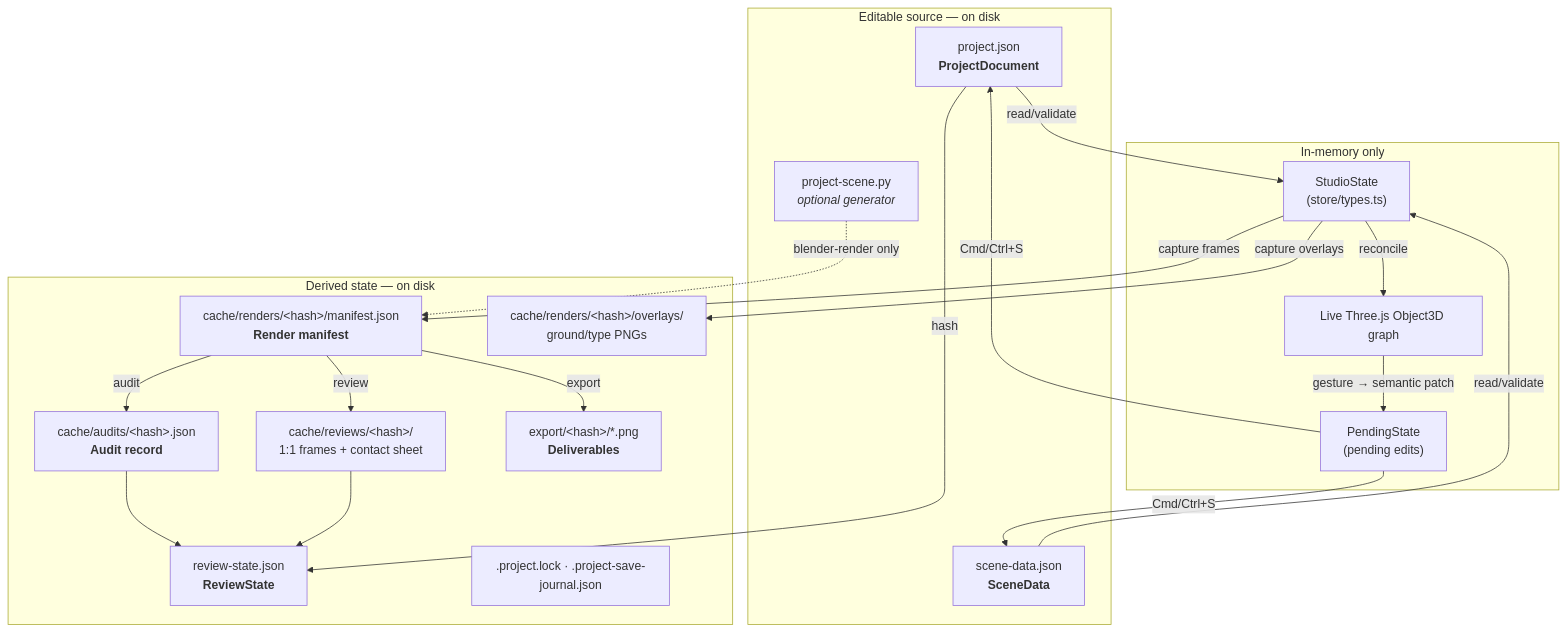
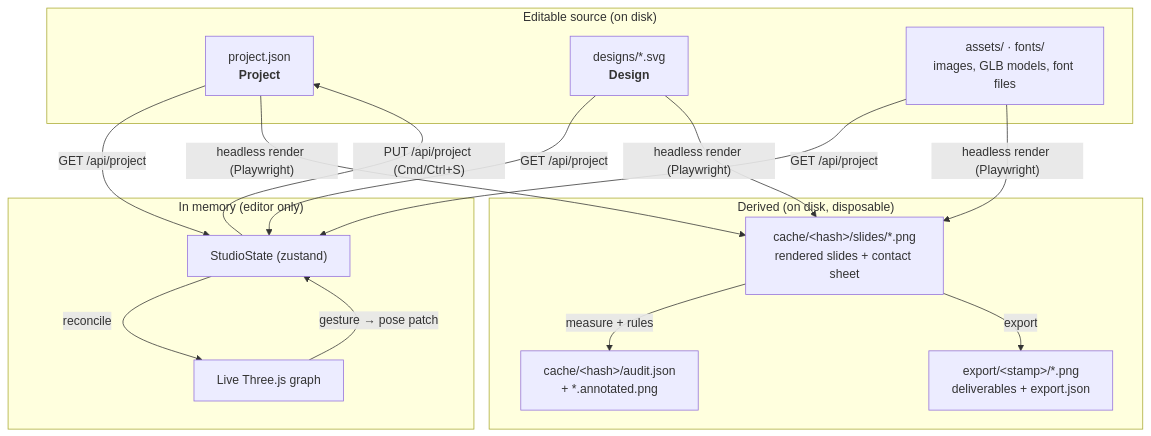
Before and after one commit to AvikArefin/xds: the first of 2 diagrams in docs/data-models.md, drawn with Mermaid. The commit also changed other lines of this file and 8 other files, not shown here.

First line of the commit message:
docs: rework architecture for v2

````diff
--- a/docs/data-models.md
+++ b/docs/data-models.md
@@ -19,40 +21,27 @@
 ```mermaid
 flowchart TB
-  subgraph Sources["Editable source — on disk"]
-    PJ["project.json<br/><b>ProjectDocument</b>"]
-    SD["scene-data.json<br/><b>SceneData</b>"]
-    PS["project-scene.py<br/><i>optional generator</i>"]
+  subgraph Source["Editable source (on disk)"]
+    PJ["project.json<br/><b>Project</b>"]
+    DS["designs/*.svg<br/><b>Design</b>"]
+    AS["assets/ · fonts/<br/>images, GLB models, font files"]
   end
 
-  subgraph Derived["Derived state — on disk"]
-    RS["review-state.json<br/><b>ReviewState</b>"]
-    RM["cache/renders/&lt;hash&gt;/manifest.json<br/><b>Render manifest</b>"]
-    AU["cache/audits/&lt;hash&gt;.json<br/><b>Audit record</b>"]
-    RV["cache/reviews/&lt;hash&gt;/<br/>1:1 frames + contact sheet"]
-    EX["export/&lt;hash&gt;/*.png<br/><b>Deliverables</b>"]
-    OV["cache/renders/&lt;hash&gt;/overlays/<br/>ground/type PNGs"]
-    LK[".project.lock · .project-save-journal.json"]
+  subgraph Derived["Derived (on disk, disposable)"]
+    RN["cache/&lt;hash&gt;/slides/*.png<br/>rendered slides + contact sheet"]
+    AU["cache/&lt;hash&gt;/audit.json<br/>+ *.annotated.png"]
+    EX["export/&lt;stamp&gt;/*.png<br/>deliverables + export.json"]
   end
 
-  subgraph Memory["In-memory only"]
-    ST["StudioState<br/>(store/types.ts)"]
-    R3F["Live Three.js Object3D graph"]
-    PD["PendingState<br/>(pending edits)"]
+  subgraph Memory["In memory (editor only)"]
+    ST["StudioState (zustand)"]
+    R3F["Live Three.js graph"]
   end
 
-  PJ -->|"read/validate"| ST
-  SD -->|"read/validate"| ST
+  PJ & DS & AS -->|"GET /api/project"| ST
   ST -->|"reconcile"| R3F
-  R3F -->|"gesture → semantic patch"| PD
-  PD -->|"Cmd/Ctrl+S"| PJ
-  PD -->|"Cmd/Ctrl+S"| SD
-  ST -->|"capture frames"| RM
-  ST -->|"capture overlays"| OV
-  RM -->|"audit"| AU
-  RM -->|"review"| RV
-  RM -->|"export"| EX
-  AU --> RS
-  RV --> RS
-  PJ -->|"hash"| RS
-  PS -.->|"blender-render only"| RM
+  R3F -->|"gesture → pose patch"| ST
+  ST -->|"PUT /api/project (Cmd/Ctrl+S)"| PJ
+  PJ & DS & AS -->|"headless render (Playwright)"| RN
+  RN -->|"measure + rules"| AU
+  RN -->|"export"| EX
 ```
````
